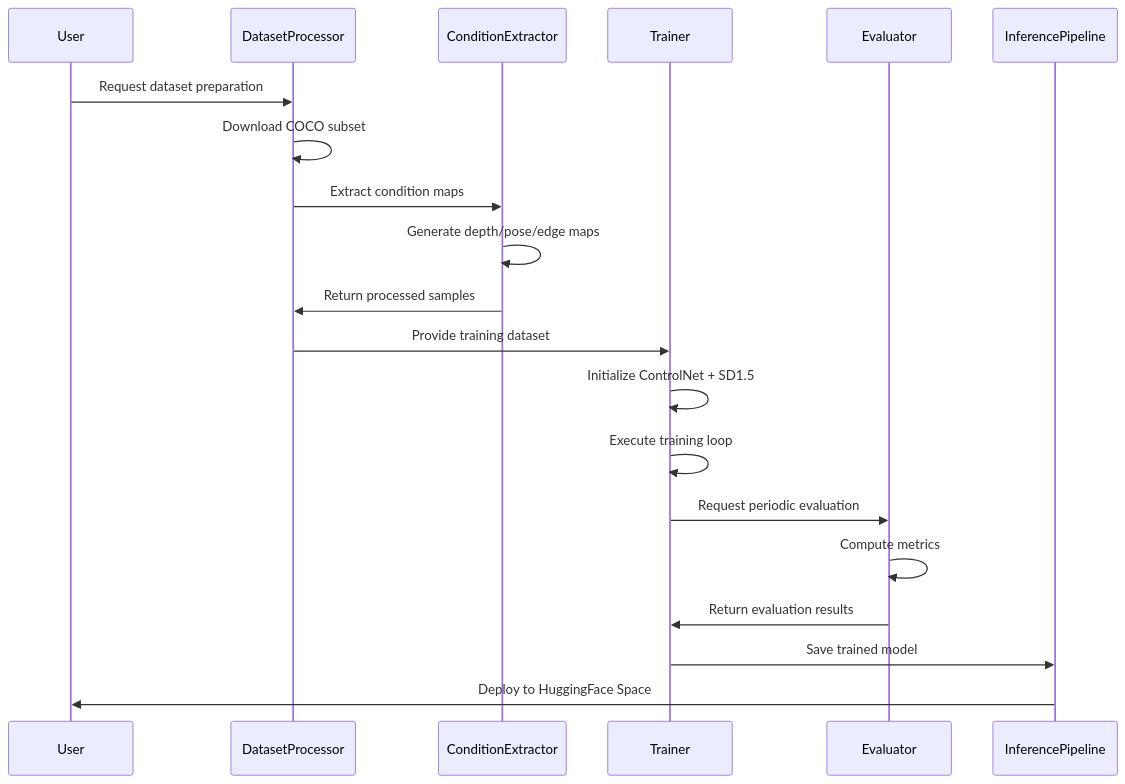
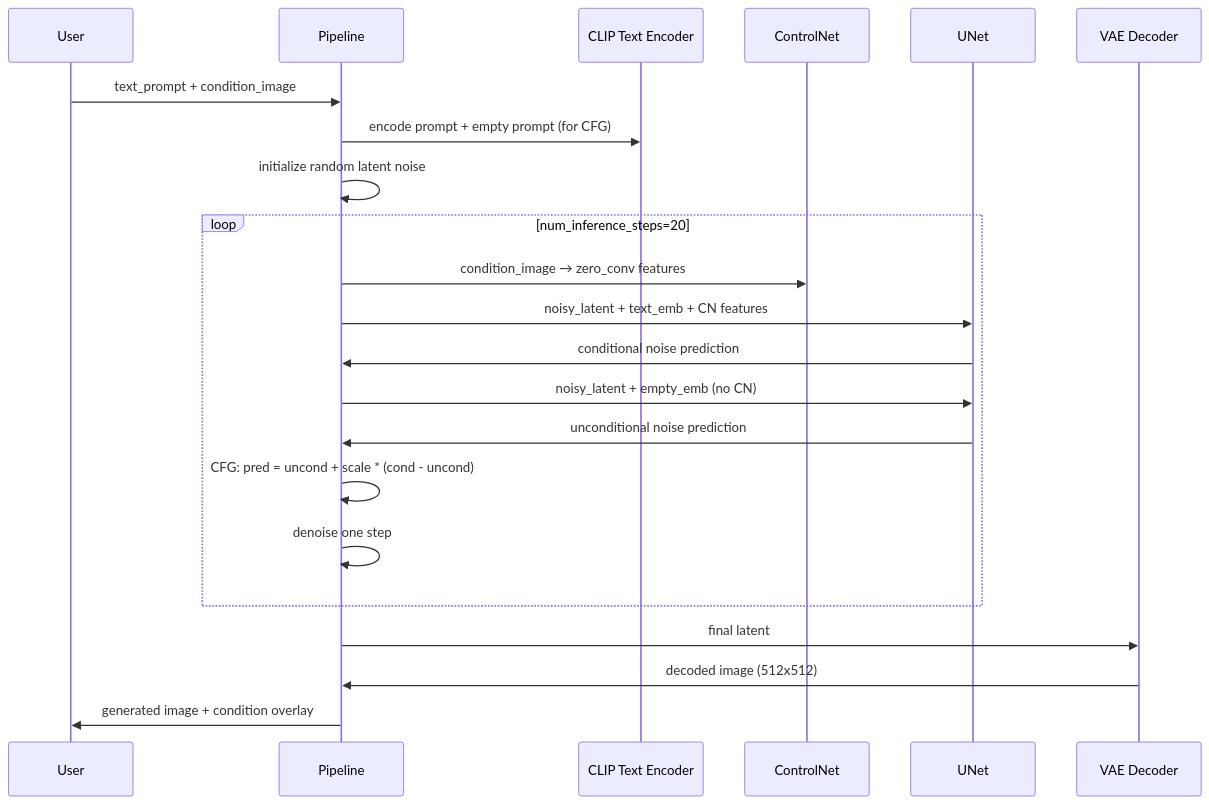
Before and after one commit to deepradadiya/Controllable-Image-Generation-with-Fine-Grained-Conditioning: the second of 2 diagrams in .kiro/specs/controlnet-training-pipeline/design.md, drawn with Mermaid. The commit also changed other lines of this file and 23 other files, not shown here.

````diff
--- a/.kiro/specs/controlnet-training-pipeline/design.md
+++ b/.kiro/specs/controlnet-training-pipeline/design.md
@@ -272,25 +85,25 @@
 ```mermaid
 sequenceDiagram
     participant U as User
-    participant DP as DatasetProcessor
-    participant CE as ConditionExtractor
-    participant T as Trainer
-    participant E as Evaluator
-    participant I as InferencePipeline
-    
-    U->>DP: Request dataset preparation
-    DP->>DP: Download COCO subset
-    DP->>CE: Extract condition maps
-    CE->>CE: Generate depth/pose/edge maps
-    CE->>DP: Return processed samples
-    DP->>T: Provide training dataset
-    
-    T->>T: Initialize ControlNet + SD1.5
-    T->>T: Execute training loop
-    T->>E: Request periodic evaluation
-    E->>E: Compute metrics
-    E->>T: Return evaluation results
-    
-    T->>I: Save trained model
-    I->>U: Deploy to HuggingFace Space
+    participant P as Pipeline
+    participant CLIP as CLIP Text Encoder
+    participant CN as ControlNet
+    participant UNet as UNet
+    participant VAE as VAE Decoder
+
+    U->>P: text_prompt + condition_image
+    P->>CLIP: encode prompt + empty prompt (for CFG)
+    P->>P: initialize random latent noise
+    loop num_inference_steps=20
+        P->>CN: condition_image → zero_conv features
+        P->>UNet: noisy_latent + text_emb + CN features
+        UNet->>P: conditional noise prediction
+        P->>UNet: noisy_latent + empty_emb (no CN)
+        UNet->>P: unconditional noise prediction
+        P->>P: CFG: pred = uncond + scale * (cond - uncond)
+        P->>P: denoise one step
+    end
+    P->>VAE: final latent
+    VAE->>P: decoded image (512x512)
+    P->>U: generated image + condition overlay
 ```
````
